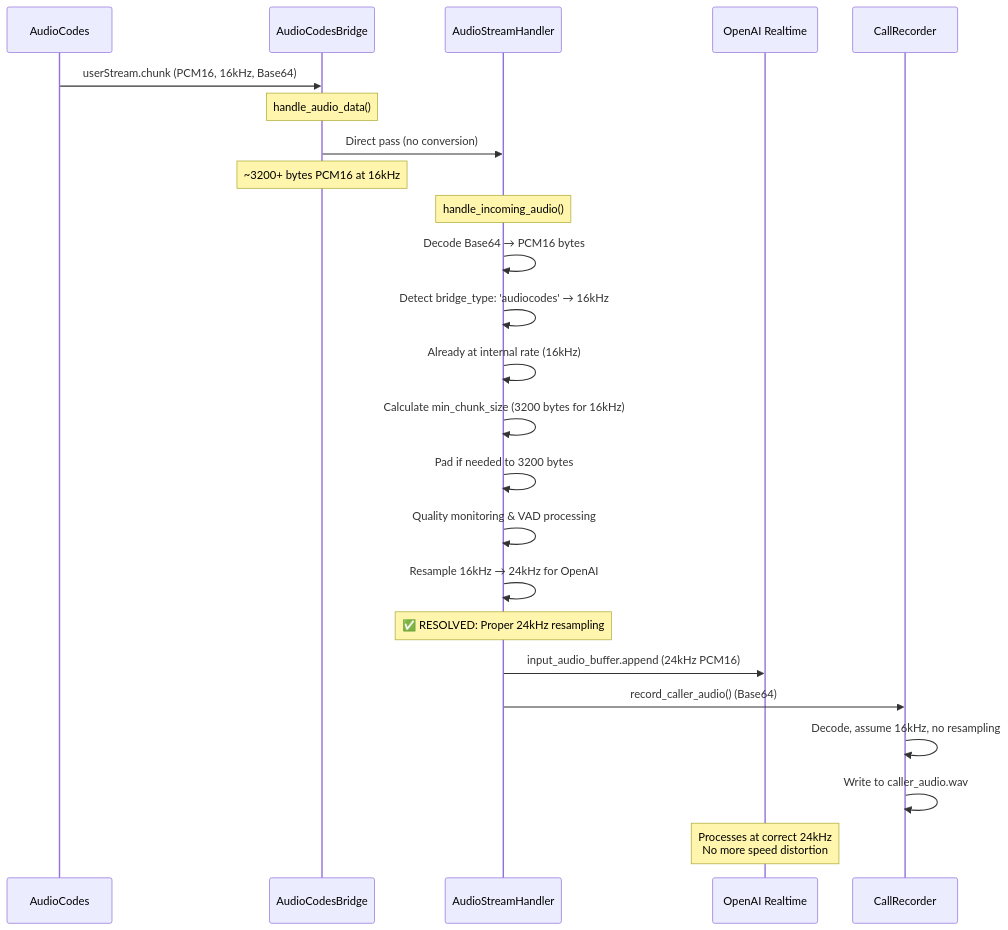
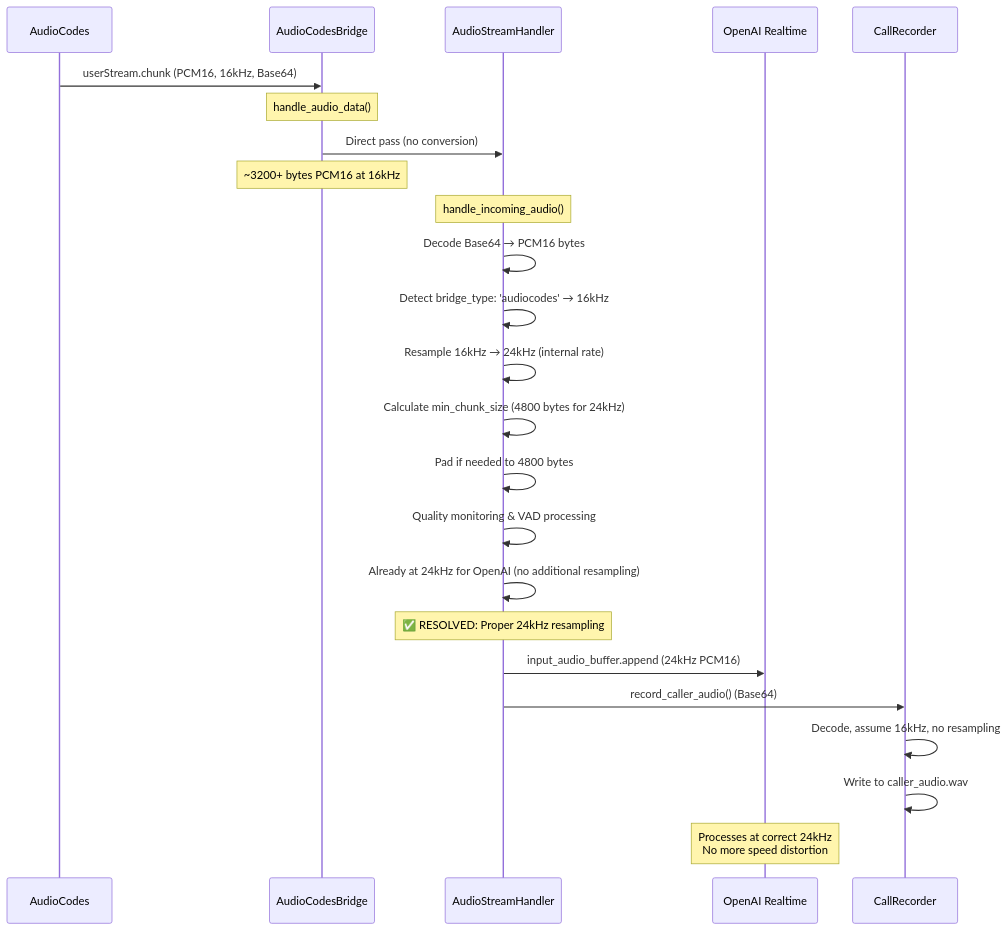
The sixth of 9 diagrams in docs/core/audio_technical_implementation.md (csmangum/opusagent), drawn with Mermaid before and after one commit. The commit also changed other lines of this file and 11 other files, not shown here.

````diff
--- a/docs/core/audio_technical_implementation.md
+++ b/docs/core/audio_technical_implementation.md
@@ -202,30 +203,30 @@
 ```mermaid
 sequenceDiagram
     participant AC as AudioCodes
     participant AB as AudioCodesBridge
     participant ASH as AudioStreamHandler
     participant OAI as OpenAI Realtime
     participant CR as CallRecorder
     
     AC->>AB: userStream.chunk (PCM16, 16kHz, Base64)
     Note over AB: handle_audio_data()
     AB->>ASH: Direct pass (no conversion)
     Note over AB: ~3200+ bytes PCM16 at 16kHz
     
     Note over ASH: handle_incoming_audio()
     ASH->>ASH: Decode Base64 → PCM16 bytes
     ASH->>ASH: Detect bridge_type: 'audiocodes' → 16kHz
-    ASH->>ASH: Already at internal rate (16kHz)
-    ASH->>ASH: Calculate min_chunk_size (3200 bytes for 16kHz)
-    ASH->>ASH: Pad if needed to 3200 bytes
+    ASH->>ASH: Resample 16kHz → 24kHz (internal rate)
+    ASH->>ASH: Calculate min_chunk_size (4800 bytes for 24kHz)
+    ASH->>ASH: Pad if needed to 4800 bytes
     ASH->>ASH: Quality monitoring & VAD processing
-    ASH->>ASH: Resample 16kHz → 24kHz for OpenAI
+    ASH->>ASH: Already at 24kHz for OpenAI (no additional resampling)
     Note over ASH: ✅ RESOLVED: Proper 24kHz resampling
     ASH->>OAI: input_audio_buffer.append (24kHz PCM16)
     
     ASH->>CR: record_caller_audio() (Base64)
     CR->>CR: Decode, assume 16kHz, no resampling
     CR->>CR: Write to caller_audio.wav
     
     Note over OAI: Processes at correct 24kHz<br/>No more speed distortion
 ```
````
